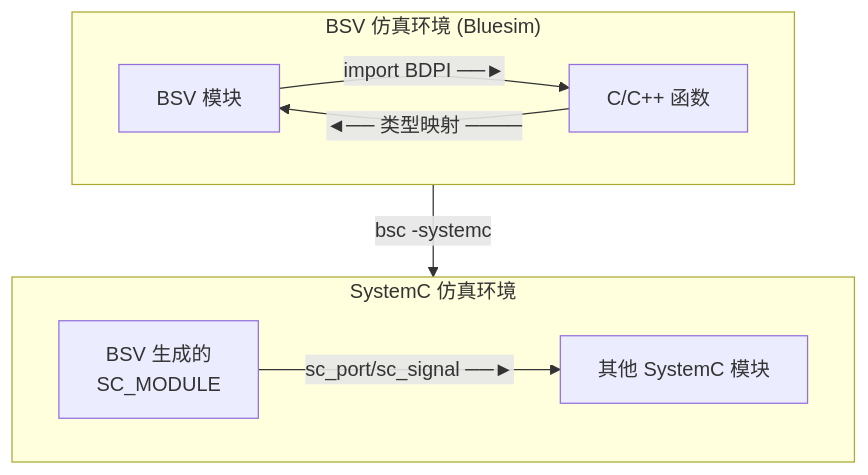
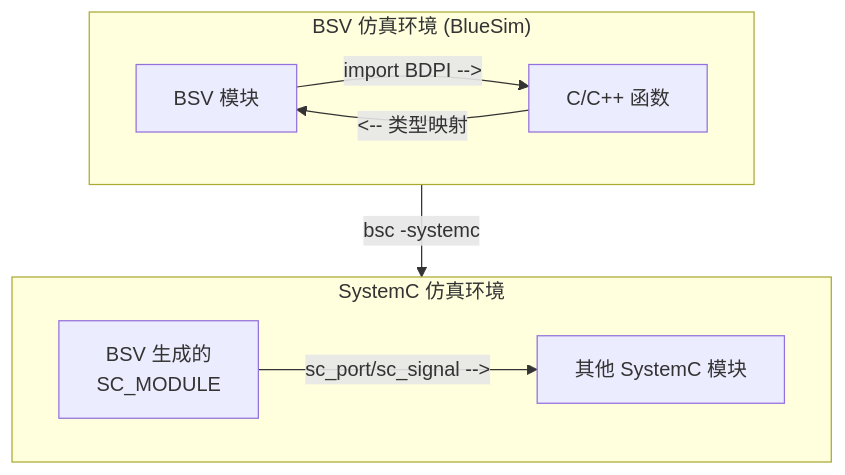
Before and after one commit to Lfan-ke/DatenLord: the diagram in notes/10-03-与 C 互操作.md, drawn with Mermaid. The commit also changed 114 other files, not shown here.

````diff
--- a/notes/10-03-与 C 互操作.md
+++ b/notes/10-03-与 C 互操作.md
@@ -9,17 +9,17 @@
 ```mermaid
 graph TB
-    subgraph BSV_Sim ["BSV 仿真环境 (Bluesim)"]
+    subgraph BSV_Sim ["BSV 仿真环境 (BlueSim)"]
         BSV_Module["BSV 模块"]
         CPP_Func["C/C++ 函数"]
-        BSV_Module -- "import BDPI ──►" --> CPP_Func
-        CPP_Func -- "◄── 类型映射 ────" --> BSV_Module
+        BSV_Module -- "import BDPI -->" --> CPP_Func
+        CPP_Func -- "<-- 类型映射" --> BSV_Module
     end
 
     subgraph SystemC_Sim ["SystemC 仿真环境"]
         SC_Module["BSV 生成的<br>SC_MODULE"]
         Other_SC["其他 SystemC 模块"]
-        SC_Module -- "sc_port/sc_signal ──►" --> Other_SC
+        SC_Module -- "sc_port/sc_signal -->" --> Other_SC
     end
 
     BSV_Sim -- "bsc -systemc" --> SystemC_Sim
 ```
````
